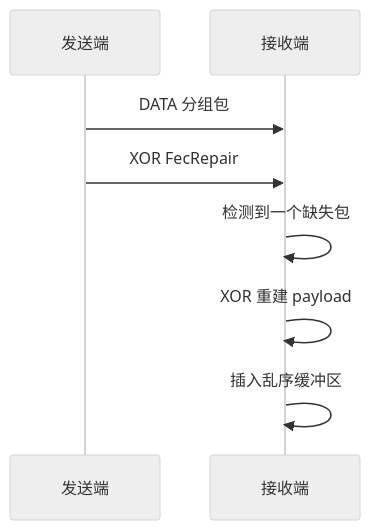
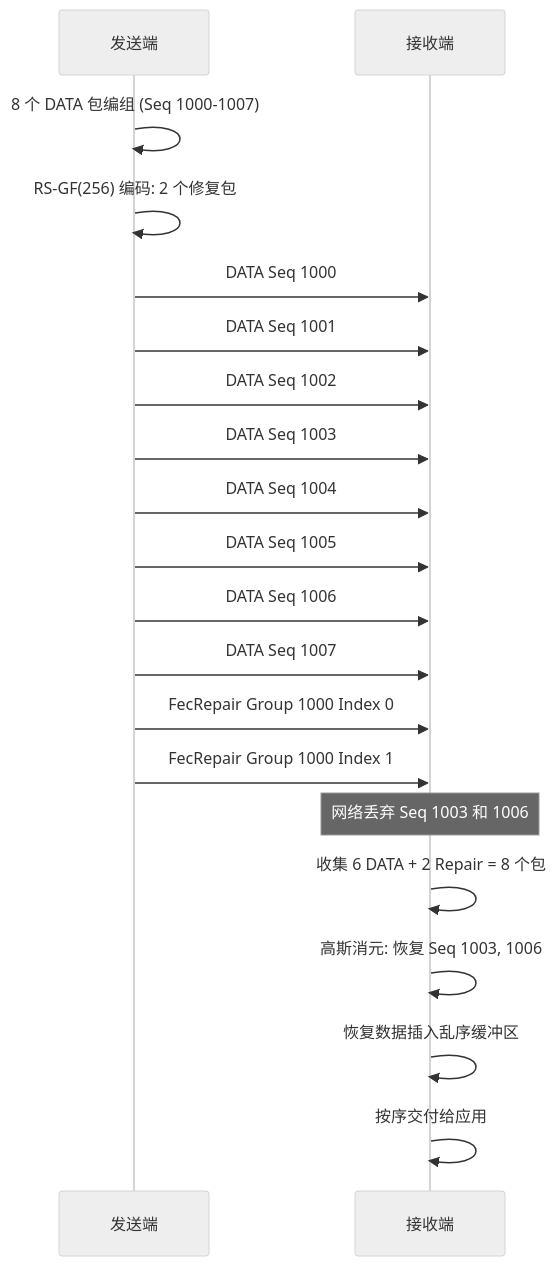
One commit to liulilittle/ucp changed the seventh of 7 diagrams in docs/protocol_CN.md. Above: the diagram before and after it, drawn with Mermaid (neutral theme). The commit also changed other lines of this file and 17 other files, not shown here.

````diff
--- a/docs/protocol_CN.md
+++ b/docs/protocol_CN.md
@@ -141,10 +278,24 @@
 ```mermaid
 sequenceDiagram
     participant S as 发送端
     participant R as 接收端
-    S->>R: DATA 分组包
-    S->>R: XOR FecRepair
-    R->>R: 检测到一个缺失包
-    R->>R: XOR 重建 payload
-    R->>R: 插入乱序缓冲区
+
+    S->>S: 8 个 DATA 包编组 (Seq 1000-1007)
+    S->>S: RS-GF(256) 编码: 2 个修复包
+    S->>R: DATA Seq 1000
+    S->>R: DATA Seq 1001
+    S->>R: DATA Seq 1002
+    S->>R: DATA Seq 1003
+    S->>R: DATA Seq 1004
+    S->>R: DATA Seq 1005
+    S->>R: DATA Seq 1006
+    S->>R: DATA Seq 1007
+    S->>R: FecRepair Group 1000 Index 0
+    S->>R: FecRepair Group 1000 Index 1
+
+    Note over R: 网络丢弃 Seq 1003 和 1006
+    R->>R: 收集 6 DATA + 2 Repair = 8 个包
+    R->>R: 高斯消元: 恢复 Seq 1003, 1006
+    R->>R: 恢复数据插入乱序缓冲区
+    R->>R: 按序交付给应用
 ```
````
